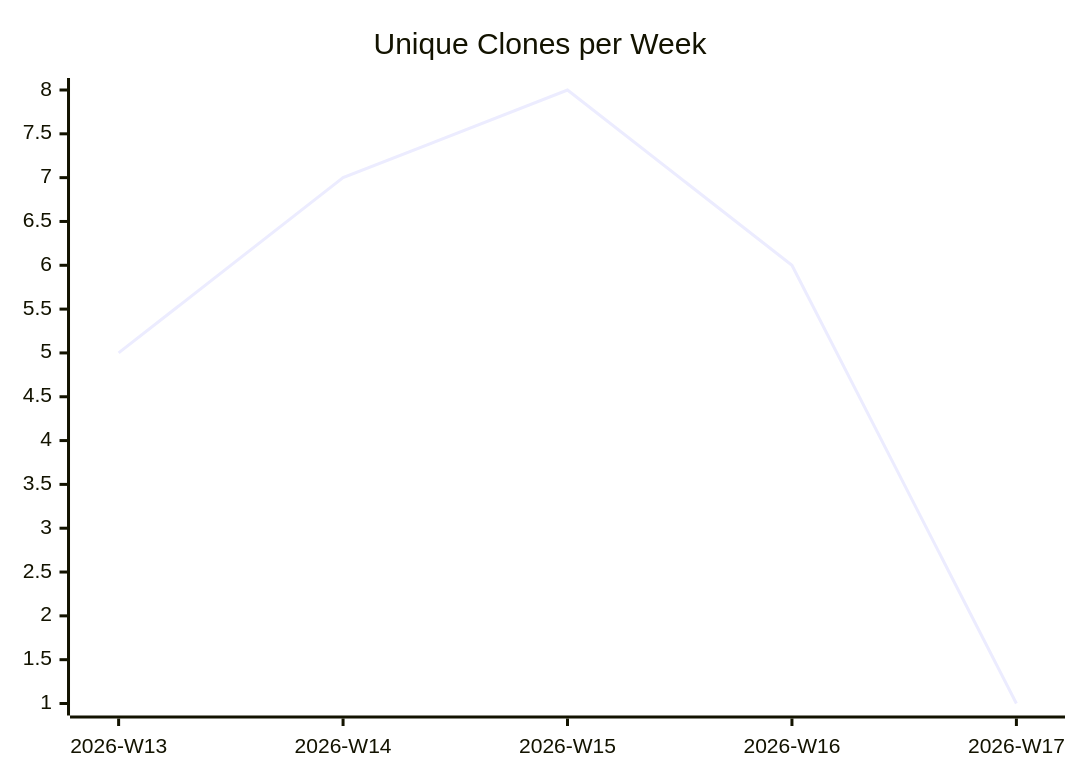
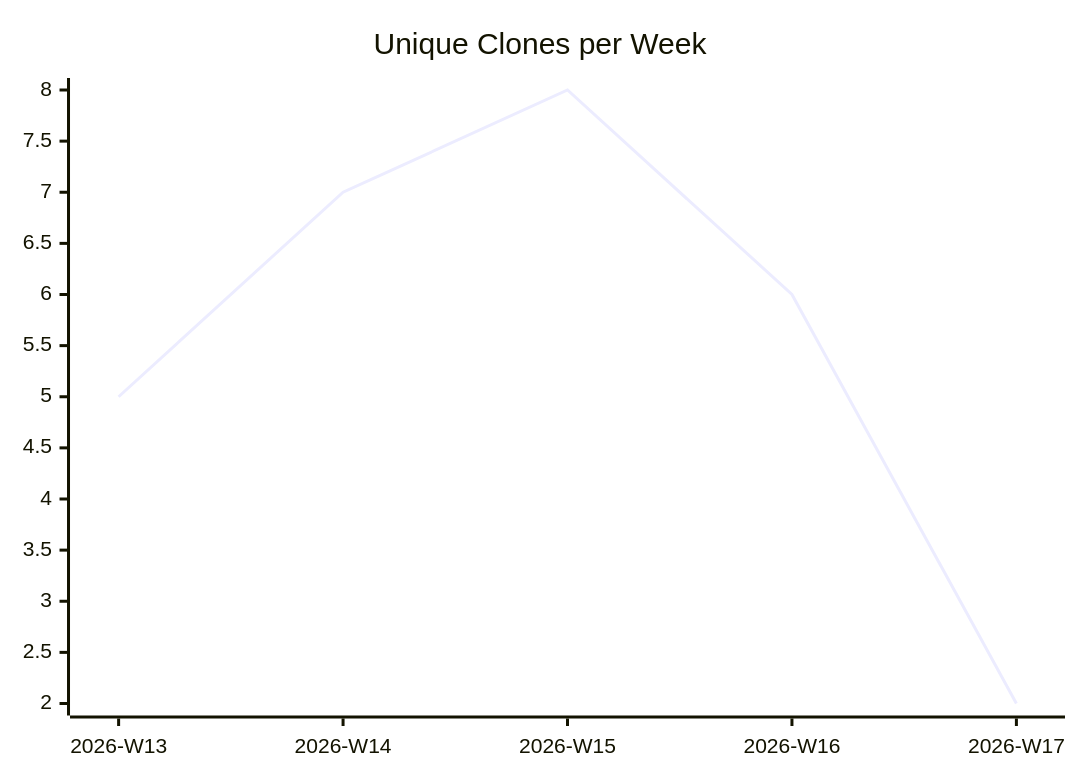
The third of 3 diagrams in karlmdavis/ansible-role-jenkins2/README.md (justdavis-family/github-analytics-data), drawn with Mermaid before and after one commit. The commit also changed other lines of this file and 198 other files, not shown here.

````diff
--- a/karlmdavis/ansible-role-jenkins2/README.md
+++ b/karlmdavis/ansible-role-jenkins2/README.md
@@ -19,6 +19,6 @@
 ```mermaid
 xychart-beta
   title "Unique Clones per Week"
   x-axis ["2026-W13", "2026-W14", "2026-W15", "2026-W16", "2026-W17"]
-  line [5, 7, 8, 6, 1]
+  line [5, 7, 8, 6, 2]
 ```
````
